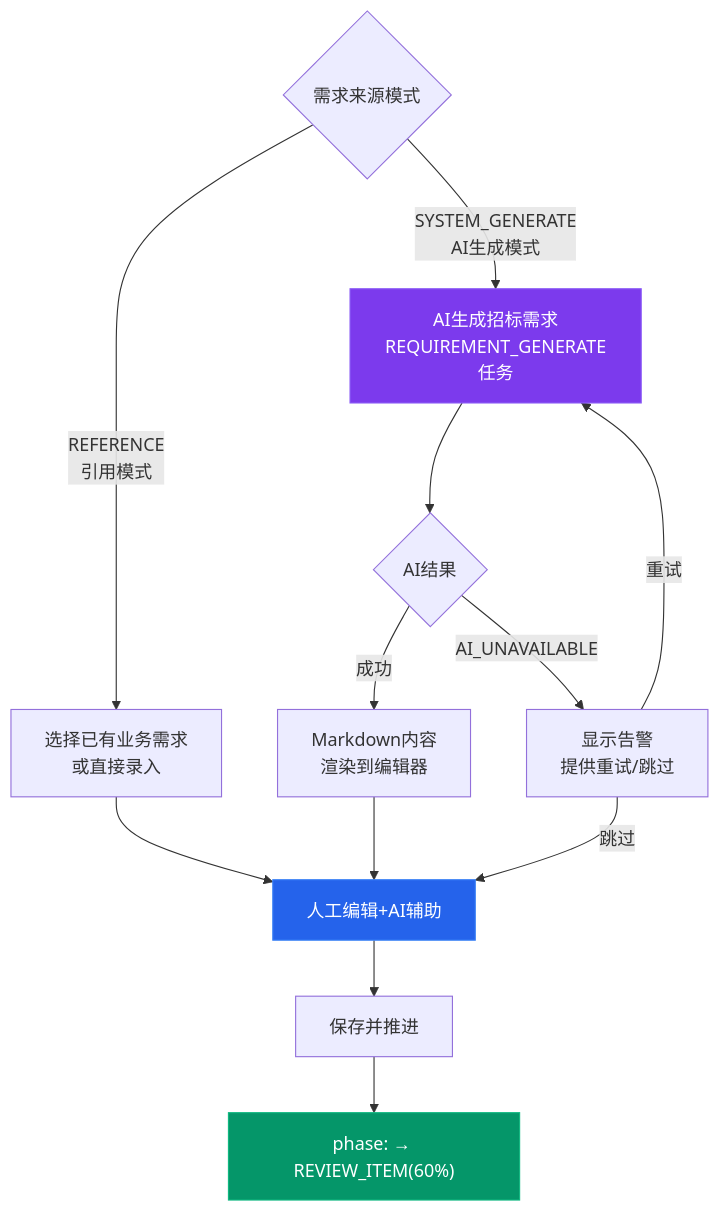
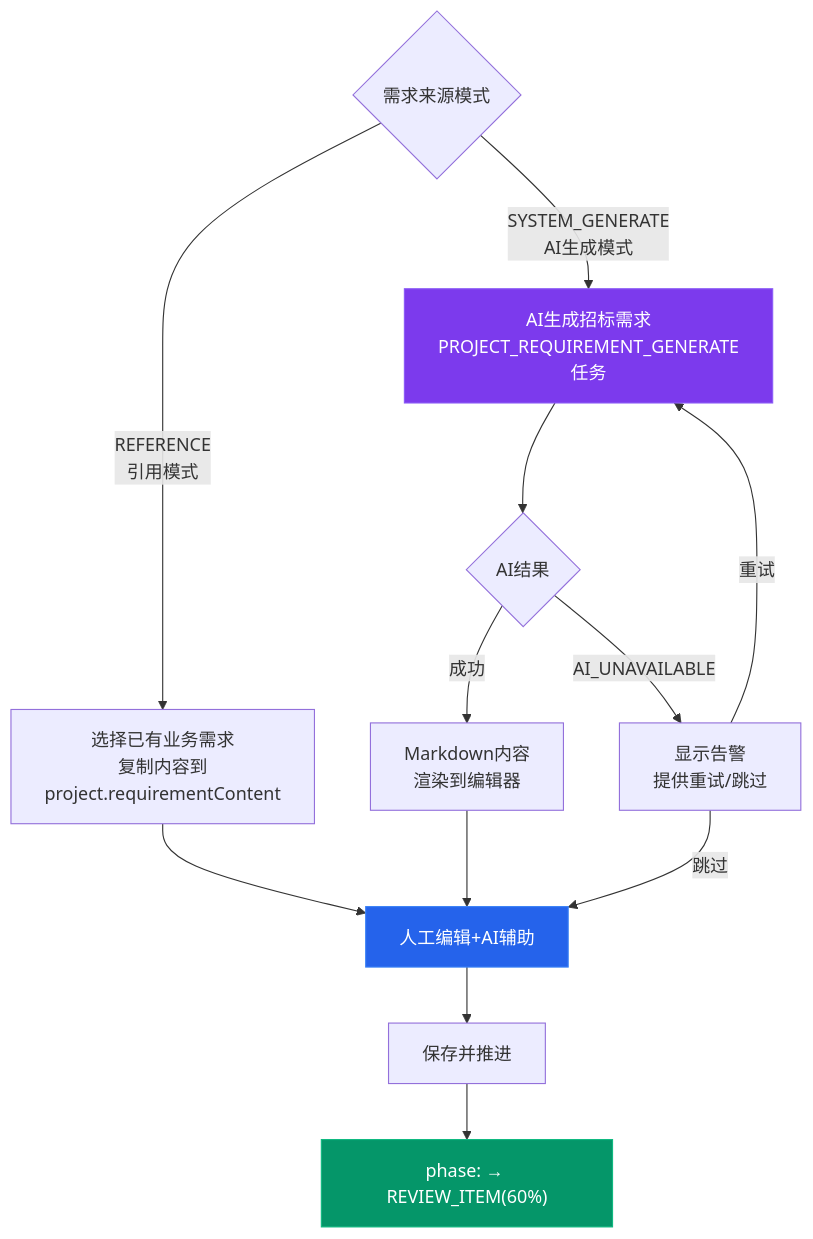
Before and after one commit to DrunkFood/First: diagram 13 of 22 in docs/projects/业务需求编制到招标文件完成-业务流程梳理.md, drawn with Mermaid. The commit also changed other lines of this file and 3 other files, not shown here.

First line of the commit message:
docs(flow): 更新业务流程梳理文档对齐实际代码

````diff
--- a/docs/projects/业务需求编制到招标文件完成-业务流程梳理.md
+++ b/docs/projects/业务需求编制到招标文件完成-业务流程梳理.md
@@ -516,22 +522,22 @@
 ```mermaid
 flowchart TD
     A{需求来源模式}
-    A -->|REFERENCE<br/>引用模式| B["选择已有业务需求<br/>或直接录入"]
-    A -->|SYSTEM_GENERATE<br/>AI生成模式| C["AI生成招标需求<br/>REQUIREMENT_GENERATE任务"]
+    A -->|REFERENCE<br/>引用模式| B["选择已有业务需求<br/>复制内容到project.requirementContent"]
+    A -->|SYSTEM_GENERATE<br/>AI生成模式| C["AI生成招标需求<br/>PROJECT_REQUIREMENT_GENERATE任务"]
 
     C --> D{AI结果}
     D -->|成功| E["Markdown内容<br/>渲染到编辑器"]
     D -->|AI_UNAVAILABLE| F["显示告警<br/>提供重试/跳过"]
 
     B --> G["人工编辑+AI辅助"]
     E --> G
     F -->|重试| C
     F -->|跳过| G
 
     G --> H["保存并推进"]
     H --> I["phase: → REVIEW_ITEM(60%)"]
 
     style C fill:#7c3aed,stroke:#8b5cf6,color:#fff
     style G fill:#2563eb,stroke:#3b82f6,color:#fff
     style I fill:#059669,stroke:#10b981,color:#fff
 ```
````
